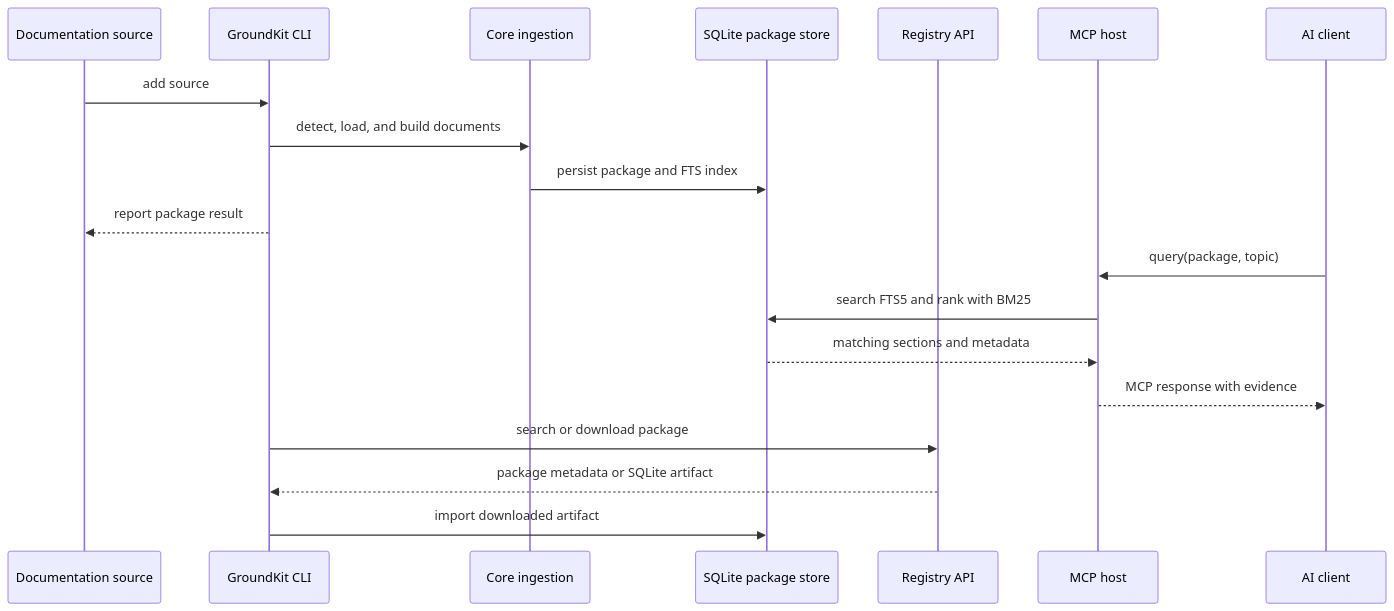
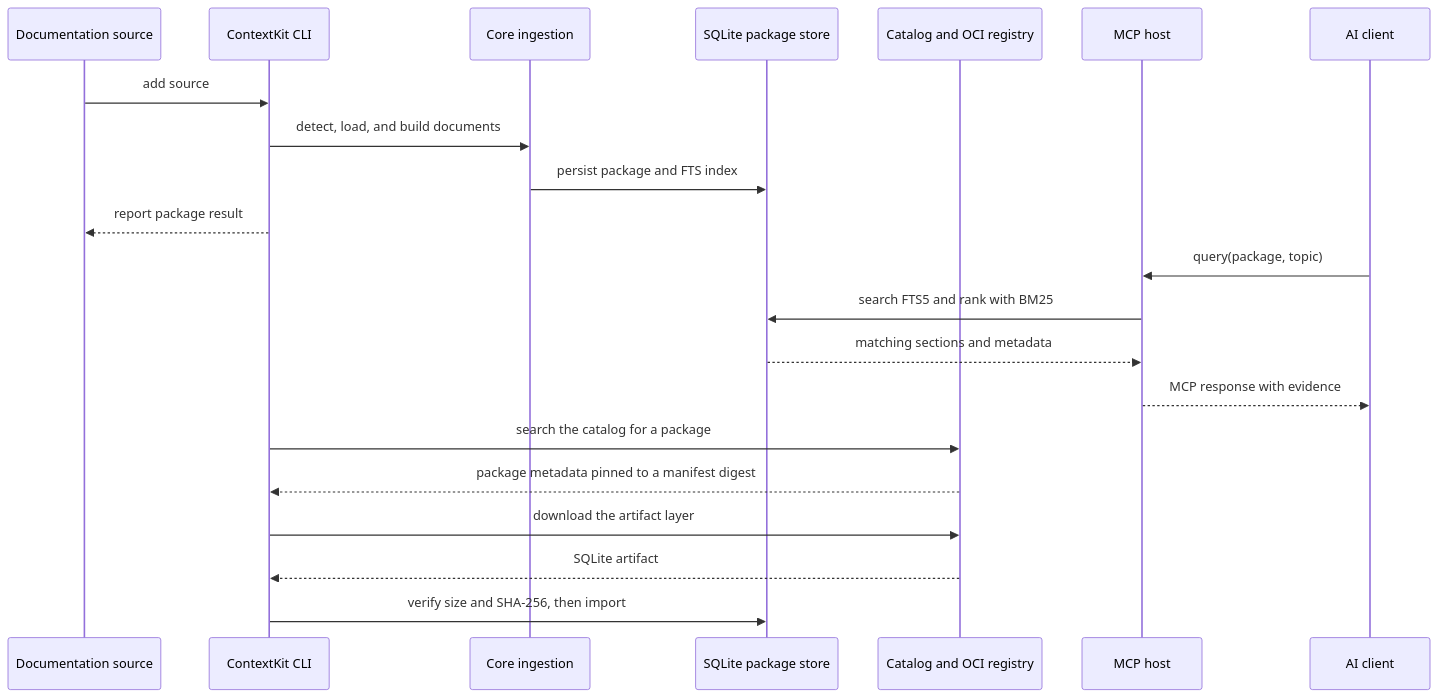
Before and after one commit to mehdihadeli/ContextKit: the third of 4 diagrams in docs/guide/architecture.md, drawn with Mermaid. The commit also changed other lines of this file and 204 other files, not shown here.

````diff
--- a/docs/guide/architecture.md
+++ b/docs/guide/architecture.md
@@ -82,24 +106,26 @@
 ```mermaid
 sequenceDiagram
   participant Source as Documentation source
-  participant CLI as GroundKit CLI
+  participant CLI as ContextKit CLI
   participant Core as Core ingestion
   participant Store as SQLite package store
-  participant Registry as Registry API
+  participant Registry as Catalog and OCI registry
   participant MCP as MCP host
   participant AI as AI client
 
   Source->>CLI: add source
   CLI->>Core: detect, load, and build documents
   Core->>Store: persist package and FTS index
   CLI-->>Source: report package result
 
   AI->>MCP: query(package, topic)
   MCP->>Store: search FTS5 and rank with BM25
   Store-->>MCP: matching sections and metadata
   MCP-->>AI: MCP response with evidence
 
-  CLI->>Registry: search or download package
-  Registry-->>CLI: package metadata or SQLite artifact
-  CLI->>Store: import downloaded artifact
+  CLI->>Registry: search the catalog for a package
+  Registry-->>CLI: package metadata pinned to a manifest digest
+  CLI->>Registry: download the artifact layer
+  Registry-->>CLI: SQLite artifact
+  CLI->>Store: verify size and SHA-256, then import
 ```
````
